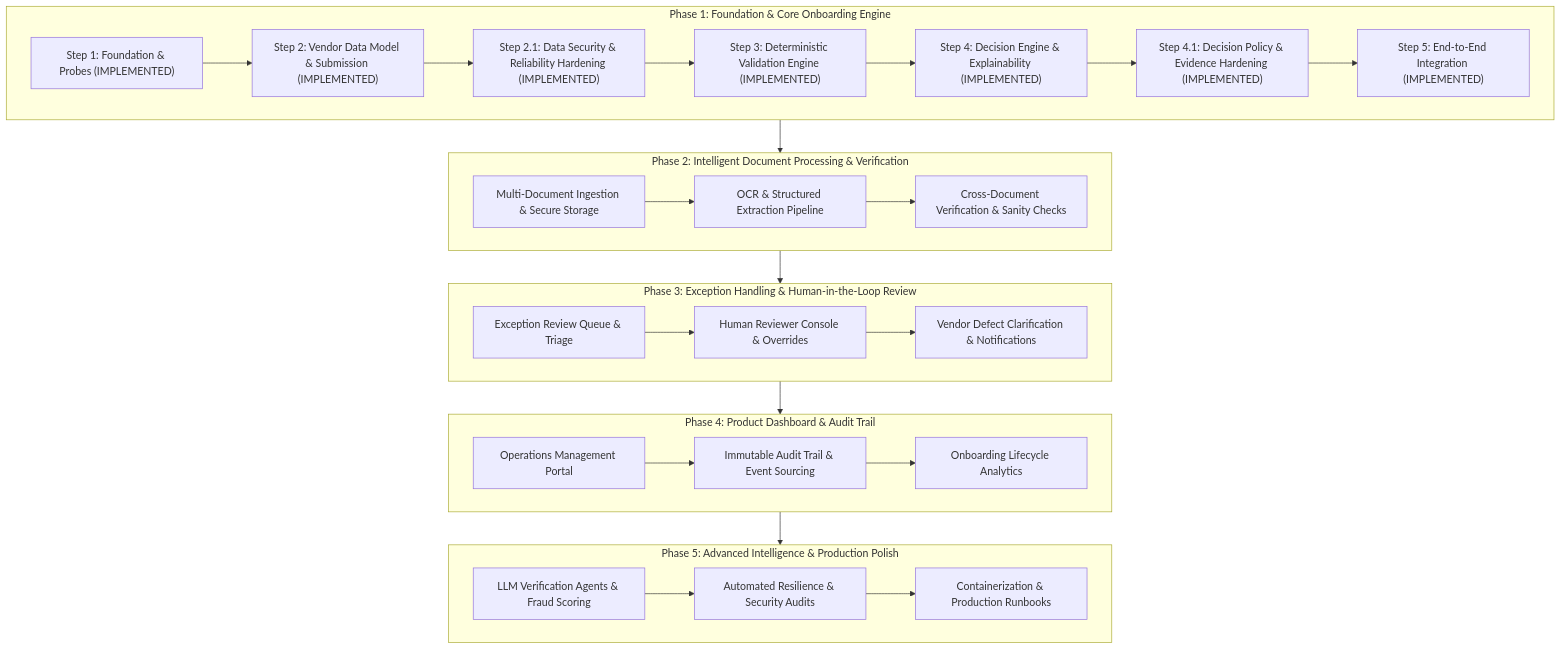
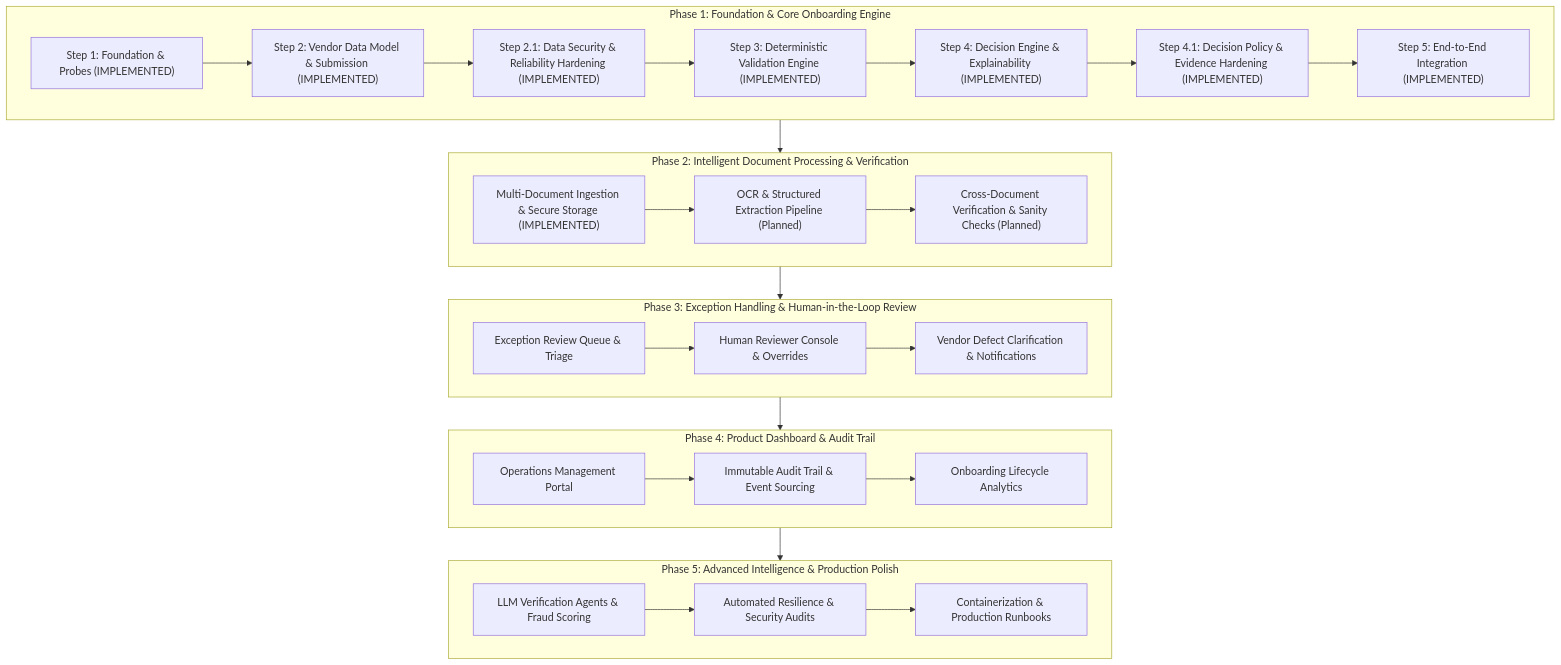
Before and after one commit to Tocoung/Zamp: the diagram in docs/architecture.md, drawn with Mermaid. The commit also changed other lines of this file and 18 other files, not shown here.

Commit message:
feat(step1-p2): document intake, secure storage, and validation

````diff
--- a/docs/architecture.md
+++ b/docs/architecture.md
@@ -348,36 +348,36 @@
 ```mermaid
 flowchart TD
     subgraph P1["Phase 1: Foundation & Core Onboarding Engine"]
         F1["Step 1: Foundation & Probes (IMPLEMENTED)"] --> F2["Step 2: Vendor Data Model & Submission (IMPLEMENTED)"]
         F2 --> F2_1["Step 2.1: Data Security & Reliability Hardening (IMPLEMENTED)"]
         F2_1 --> F3["Step 3: Deterministic Validation Engine (IMPLEMENTED)"]
         F3 --> F4["Step 4: Decision Engine & Explainability (IMPLEMENTED)"]
         F4 --> F4_1["Step 4.1: Decision Policy & Evidence Hardening (IMPLEMENTED)"]
         F4_1 --> F5["Step 5: End-to-End Integration (IMPLEMENTED)"]
     end
 
     subgraph P2["Phase 2: Intelligent Document Processing & Verification"]
-        D1["Multi-Document Ingestion & Secure Storage"] --> D2["OCR & Structured Extraction Pipeline"]
-        D2 --> D3["Cross-Document Verification & Sanity Checks"]
+        D1["Multi-Document Ingestion & Secure Storage (IMPLEMENTED)"] --> D2["OCR & Structured Extraction Pipeline (Planned)"]
+        D2 --> D3["Cross-Document Verification & Sanity Checks (Planned)"]
     end
 
     subgraph P3["Phase 3: Exception Handling & Human-in-the-Loop Review"]
         E1["Exception Review Queue & Triage"] --> E2["Human Reviewer Console & Overrides"]
         E2 --> E3["Vendor Defect Clarification & Notifications"]
     end
 
     subgraph P4["Phase 4: Product Dashboard & Audit Trail"]
         U1["Operations Management Portal"] --> U2["Immutable Audit Trail & Event Sourcing"]
         U2 --> U3["Onboarding Lifecycle Analytics"]
     end
 
     subgraph P5["Phase 5: Advanced Intelligence & Production Polish"]
         A1["LLM Verification Agents & Fraud Scoring"] --> A2["Automated Resilience & Security Audits"]
         A2 --> A3["Containerization & Production Runbooks"]
     end
 
     P1 --> P2
     P2 --> P3
     P3 --> P4
     P4 --> P5
 ```
````
